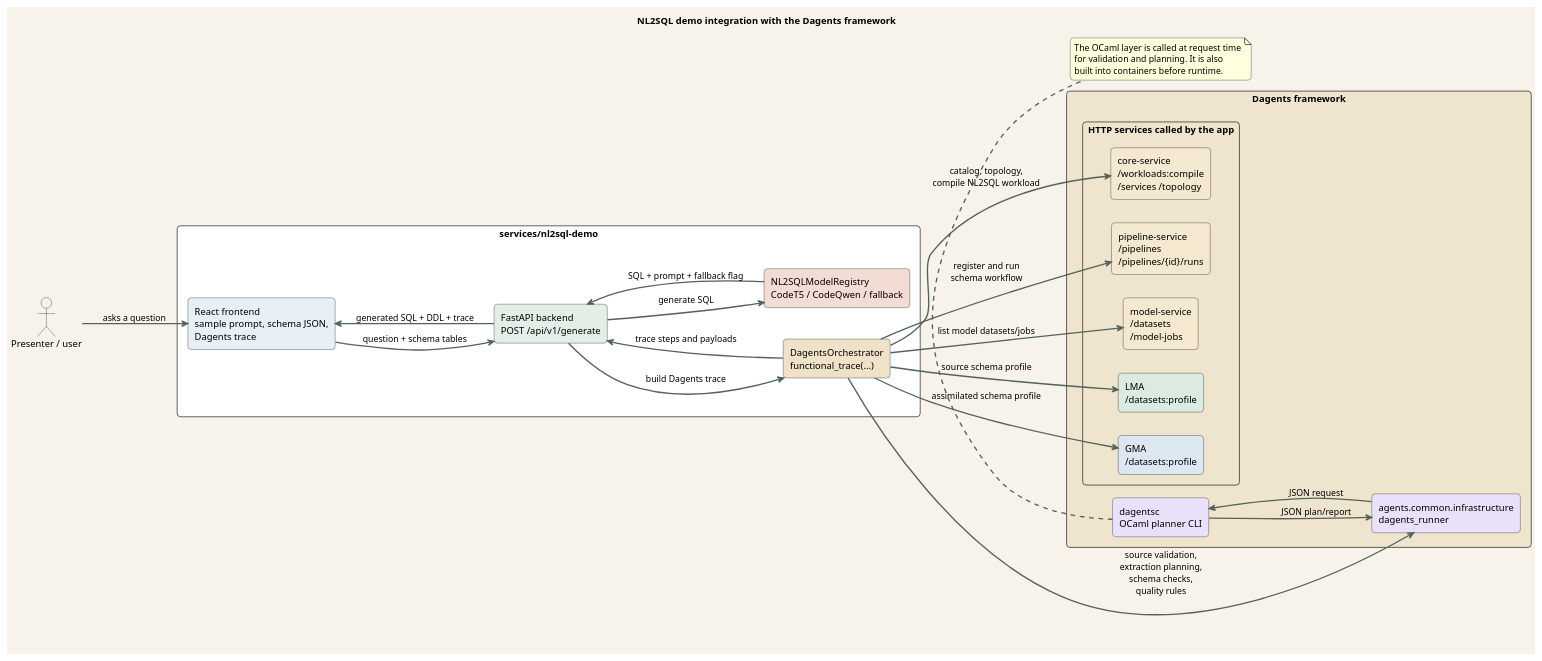
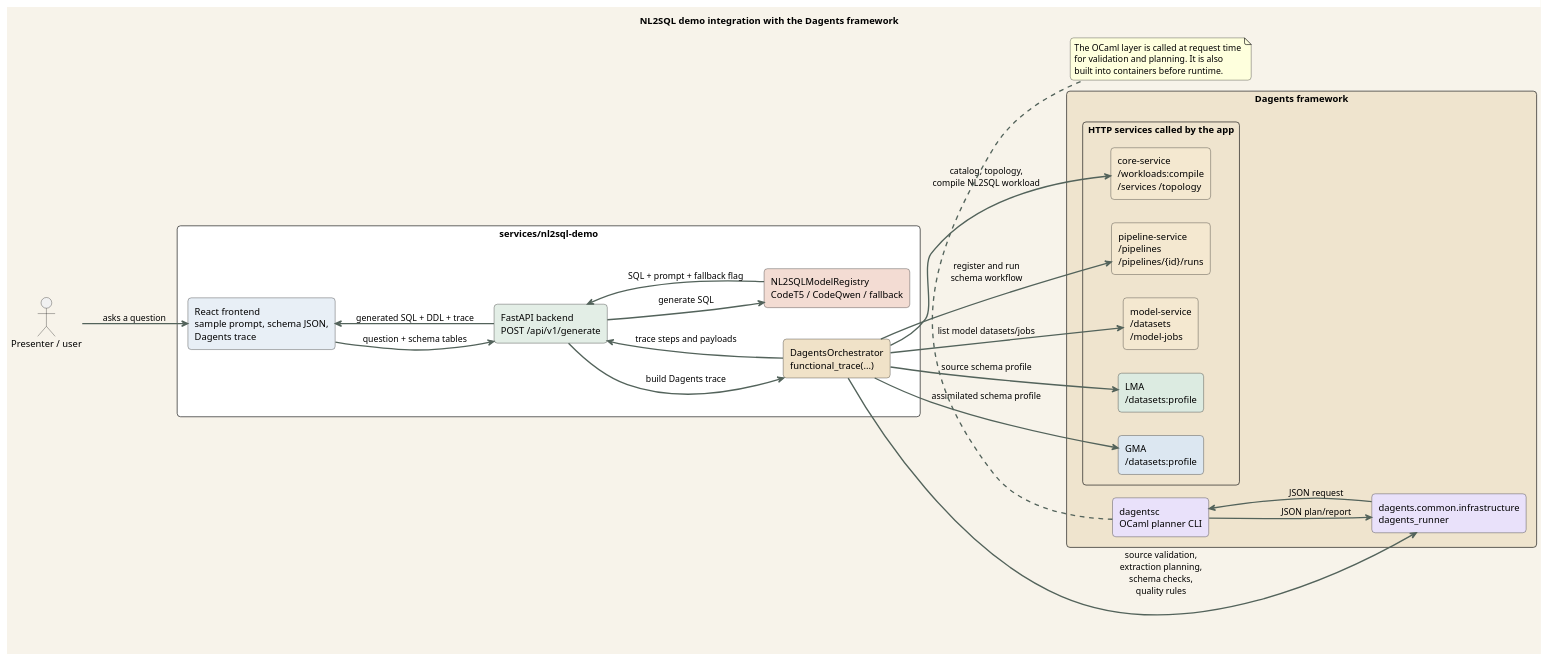
The diagram in docs/presentation/puml/nl2sql_dagents_integration.puml (pradyunuydarp/Dagents), drawn with PlantUML before and after one commit. The commit also changed 372 other files, not shown here.

```diff
--- a/docs/presentation/puml/nl2sql_dagents_integration.puml
+++ b/docs/presentation/puml/nl2sql_dagents_integration.puml
@@ -1,58 +1,58 @@
 @startuml nl2sql_dagents_integration
 title NL2SQL demo integration with the Dagents framework
 
 left to right direction
 skinparam backgroundColor #F7F3EA
 skinparam shadowing false
 skinparam defaultFontName "Aptos"
 skinparam roundCorner 10
 skinparam ArrowColor #53635B
 skinparam ArrowThickness 2
 skinparam packageStyle rectangle
 
 actor "Presenter / user" as User
 
 package "services/nl2sql-demo" as App #FFFFFF {
   rectangle "React frontend\nsample prompt, schema JSON,\nDagents trace" as UI #E8EFF6
   rectangle "FastAPI backend\nPOST /api/v1/generate" as API #E3EEE6
   rectangle "DagentsOrchestrator\nfunctional_trace(...)" as Orchestrator #F0E2C8
   rectangle "NL2SQLModelRegistry\nCodeT5 / CodeQwen / fallback" as Registry #F3DCD3
 }
 
 package "Dagents framework" as Dagents #EFE4CE {
-  rectangle "agents.common.infrastructure\ndagents_runner" as Runner #E9E1FA
+  rectangle "dagents.common.infrastructure\ndagents_runner" as Runner #E9E1FA
   rectangle "dagentsc\nOCaml planner CLI" as DCLI #E9E1FA
   package "HTTP services called by the app" as HttpServices {
     rectangle "core-service\n/workloads:compile\n/services /topology" as Core #F4E8D0
     rectangle "pipeline-service\n/pipelines\n/pipelines/{id}/runs" as Pipeline #F4E8D0
     rectangle "model-service\n/datasets\n/model-jobs" as Model #F4E8D0
     rectangle "LMA\n/datasets:profile" as LMA #DCEBE1
     rectangle "GMA\n/datasets:profile" as GMA #DCE7F1
   }
 }
 
 User --> UI : asks a question
 UI --> API : question + schema tables
 API --> Orchestrator : build Dagents trace
 API --> Registry : generate SQL
 
 Orchestrator --> Runner : source validation,\nextraction planning,\nschema checks,\nquality rules
 Runner --> DCLI : JSON request
 DCLI --> Runner : JSON plan/report
 
 Orchestrator --> Core : catalog, topology,\ncompile NL2SQL workload
 Orchestrator --> Pipeline : register and run\nschema workflow
 Orchestrator --> Model : list model datasets/jobs
 Orchestrator --> LMA : source schema profile
 Orchestrator --> GMA : assimilated schema profile
 
 Registry --> API : SQL + prompt + fallback flag
 Orchestrator --> API : trace steps and payloads
 API --> UI : generated SQL + DDL + trace
 
 note bottom of DCLI
   The OCaml layer is called at request time
   for validation and planning. It is also
   built into containers before runtime.
 end note
 @enduml
```
